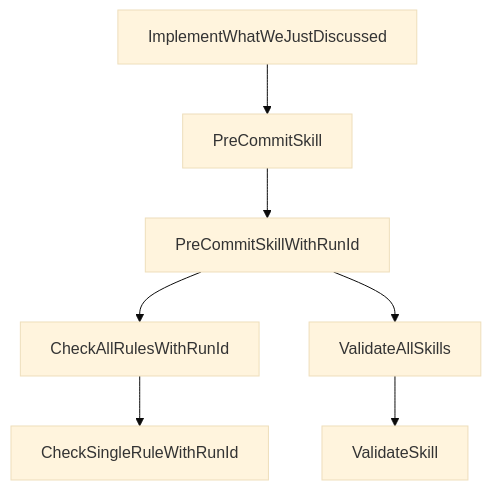
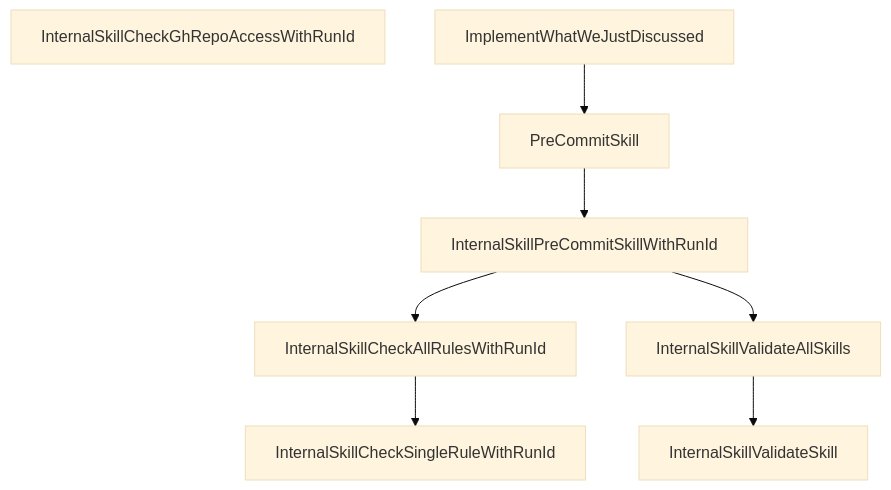
Before and after one commit to dkorolev/theloop: the diagram in .ai/VIZ.md, drawn with Mermaid (base theme). The commit also changed other lines of this file and 28 other files, not shown here.

First line of the commit message:
Prefix SkillRunId skills with InternalSkill and add gh repo access check.

````diff
--- a/.ai/VIZ.md
+++ b/.ai/VIZ.md
@@ -32,9 +33,10 @@
 ```mermaid
 graph TD
+    InternalSkillCheckGhRepoAccessWithRunId["InternalSkillCheckGhRepoAccessWithRunId"]
     ImplementWhatWeJustDiscussed["ImplementWhatWeJustDiscussed"] --> PreCommitSkill["PreCommitSkill"]
-    PreCommitSkill --> PreCommitSkillWithRunId["PreCommitSkillWithRunId"]
-    PreCommitSkillWithRunId --> CheckAllRulesWithRunId["CheckAllRulesWithRunId"]
-    PreCommitSkillWithRunId --> ValidateAllSkills["ValidateAllSkills"]
-    CheckAllRulesWithRunId --> CheckSingleRuleWithRunId["CheckSingleRuleWithRunId"]
-    ValidateAllSkills --> ValidateSkill["ValidateSkill"]
+    PreCommitSkill --> InternalSkillPreCommitSkillWithRunId["InternalSkillPreCommitSkillWithRunId"]
+    InternalSkillPreCommitSkillWithRunId --> InternalSkillCheckAllRulesWithRunId["InternalSkillCheckAllRulesWithRunId"]
+    InternalSkillPreCommitSkillWithRunId --> InternalSkillValidateAllSkills["InternalSkillValidateAllSkills"]
+    InternalSkillCheckAllRulesWithRunId --> InternalSkillCheckSingleRuleWithRunId["InternalSkillCheckSingleRuleWithRunId"]
+    InternalSkillValidateAllSkills --> InternalSkillValidateSkill["InternalSkillValidateSkill"]
 ```
````
